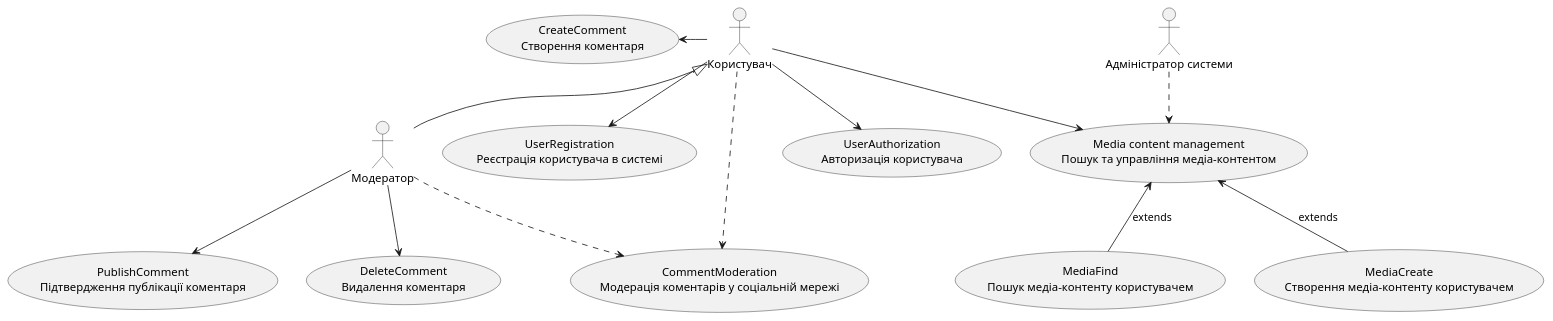
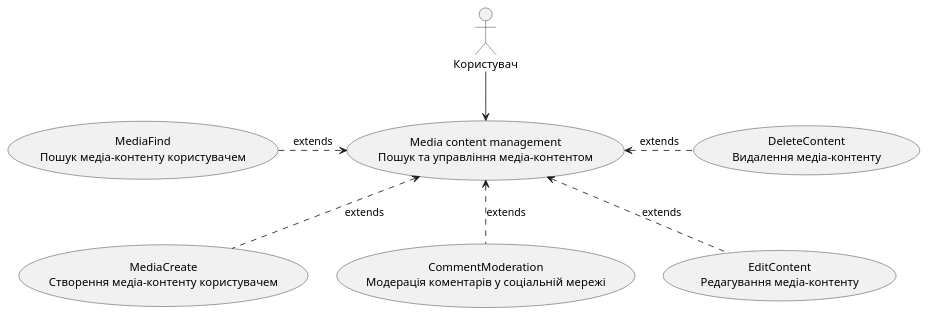
The third of 10 diagrams in docs/use cases/README.md (vladyslavpopov/DB_CourseWork), drawn with PlantUML before and after one commit. The commit also changed other lines of this file, not shown here.

Commit message:
Update user and administrator

```diff
--- a/docs/use cases/README.md
+++ b/docs/use cases/README.md
@@ -99,35 +99,21 @@
 @startuml
 
 actor "Користувач" as User
-actor "Модератор" as Moderator
-actor "Адміністратор системи" as Admin
 
-usecase "UserRegistration\nРеєстрація користувача в системі" as UC_1.1
-usecase "UserAuthorization\nАвторизація користувача" as UC_1.2
+usecase "Media content management\nПошук та управління медіа-контентом" as UC_1.1
 
-usecase "Media content management\nПошук та управління медіа-контентом" as UC_2.1
-usecase "MediaFind\nПошук медіа-контенту користувачем" as UC_2.2
-usecase "MediaCreate\nСтворення медіа-контенту користувачем" as UC_2.3
-usecase "CreateComment\nСтворення коментаря" as UC_4.2
-
-usecase "CommentModeration\nМодерація коментарів у соціальній мережі" as UC_4.1
-usecase "PublishComment\nПідтвердження публікації коментаря" as UC_4.3
-usecase "DeleteComment\nВидалення коментаря" as UC_4.4
+usecase "MediaFind\nПошук медіа-контенту користувачем" as UC_2.1
+usecase "MediaCreate\nСтворення медіа-контенту користувачем" as UC_2.2
+usecase "CommentModeration\nМодерація коментарів у соціальній мережі" as UC_2.3
+usecase "EditContent\nРедагування медіа-контенту" as UC_2.4
+usecase "DeleteContent\nВидалення медіа-контенту" as UC_2.5
 
 User -d-> UC_1.1
-User -d-> UC_1.2
-User -d-> UC_2.1
-User -l-> UC_4.2
-User ..> UC_4.1
 
-UC_2.2 -u-> UC_2.1: extends
-UC_2.3 -u-> UC_2.1: extends
-
-Moderator -u-|> User
-Moderator ..> UC_4.1
-Moderator -d-> UC_4.3
-Moderator -d-> UC_4.4
-
-Admin ..> UC_2.1
+UC_2.1 .r.> UC_1.1 : extends
+UC_2.2 .u.> UC_1.1 : extends
+UC_2.3 .u.> UC_1.1 : extends
+UC_2.4 .u.> UC_1.1 : extends
+UC_2.5 .l.> UC_1.1 : extends
 
 @enduml
```
